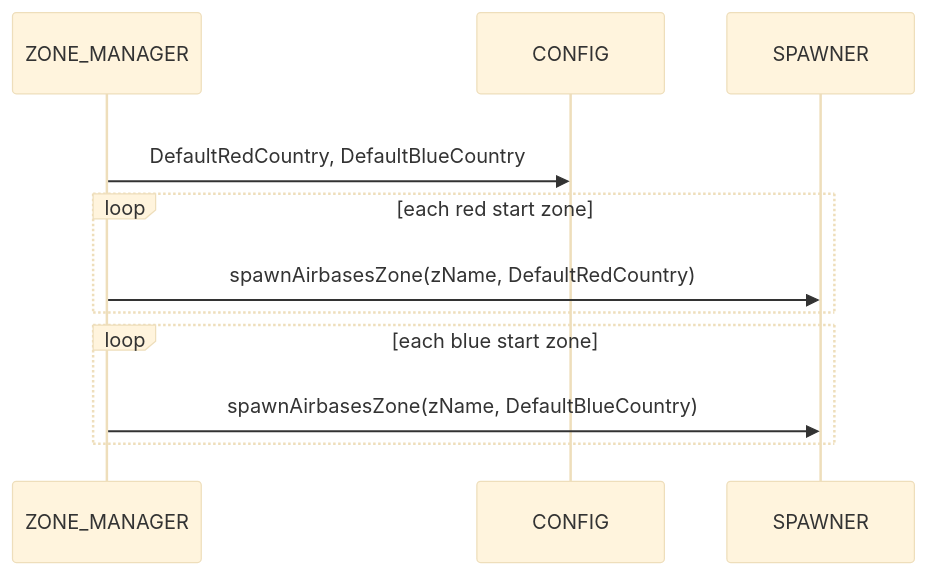
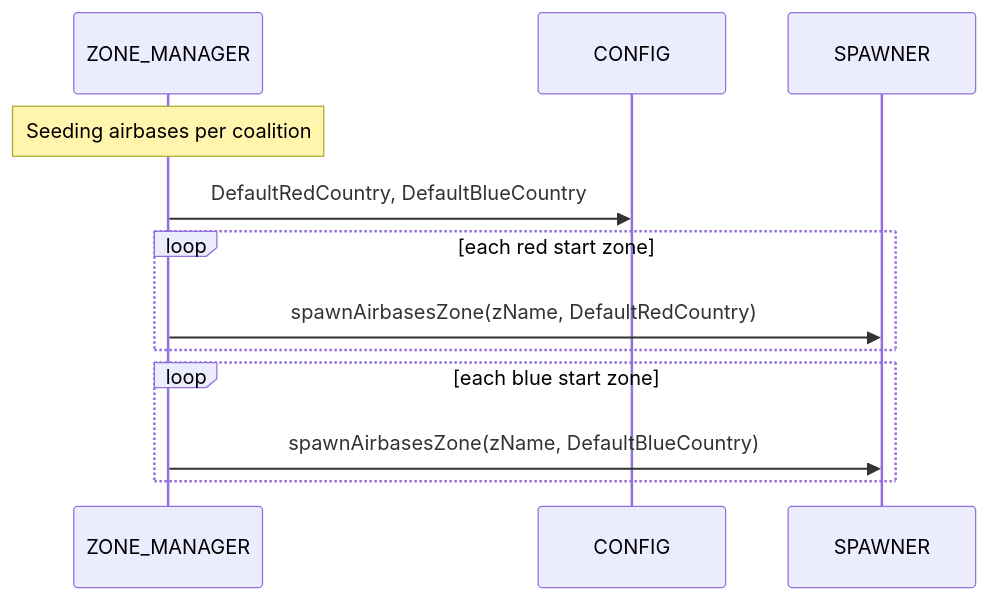
The third of 3 diagrams in docs/enums/countries_and_skill.md (Gh0st352/AETHR), drawn with Mermaid before and after one commit. The commit also changed other lines of this file and 7 other files, not shown here.

First line of the commit message:
docs(enums): normalize Mermaid labels and formatting

````diff
--- a/docs/enums/countries_and_skill.md
+++ b/docs/enums/countries_and_skill.md
@@ -107,17 +90,16 @@
 ```mermaid
-%%{init: {"theme":"base"}}%%
+%% shared theme: docs/_mermaid/theme.json %%
 sequenceDiagram
   participant ZM as ZONE_MANAGER
   participant CFG as CONFIG
   participant SP as SPAWNER
 
-  rect rgba(255, 255, 255, 0.75)
-    ZM->>CFG: DefaultRedCountry, DefaultBlueCountry
-    loop each red start zone
-      ZM->>SP: spawnAirbasesZone(zName, DefaultRedCountry)
-    end
-    loop each blue start zone
-      ZM->>SP: spawnAirbasesZone(zName, DefaultBlueCountry)
-    end
+  note over ZM: Seeding airbases per coalition
+  ZM->>CFG: DefaultRedCountry, DefaultBlueCountry
+  loop each red start zone
+    ZM->>SP: spawnAirbasesZone(zName, DefaultRedCountry)
+  end
+  loop each blue start zone
+    ZM->>SP: spawnAirbasesZone(zName, DefaultBlueCountry)
   end
 ```
````
